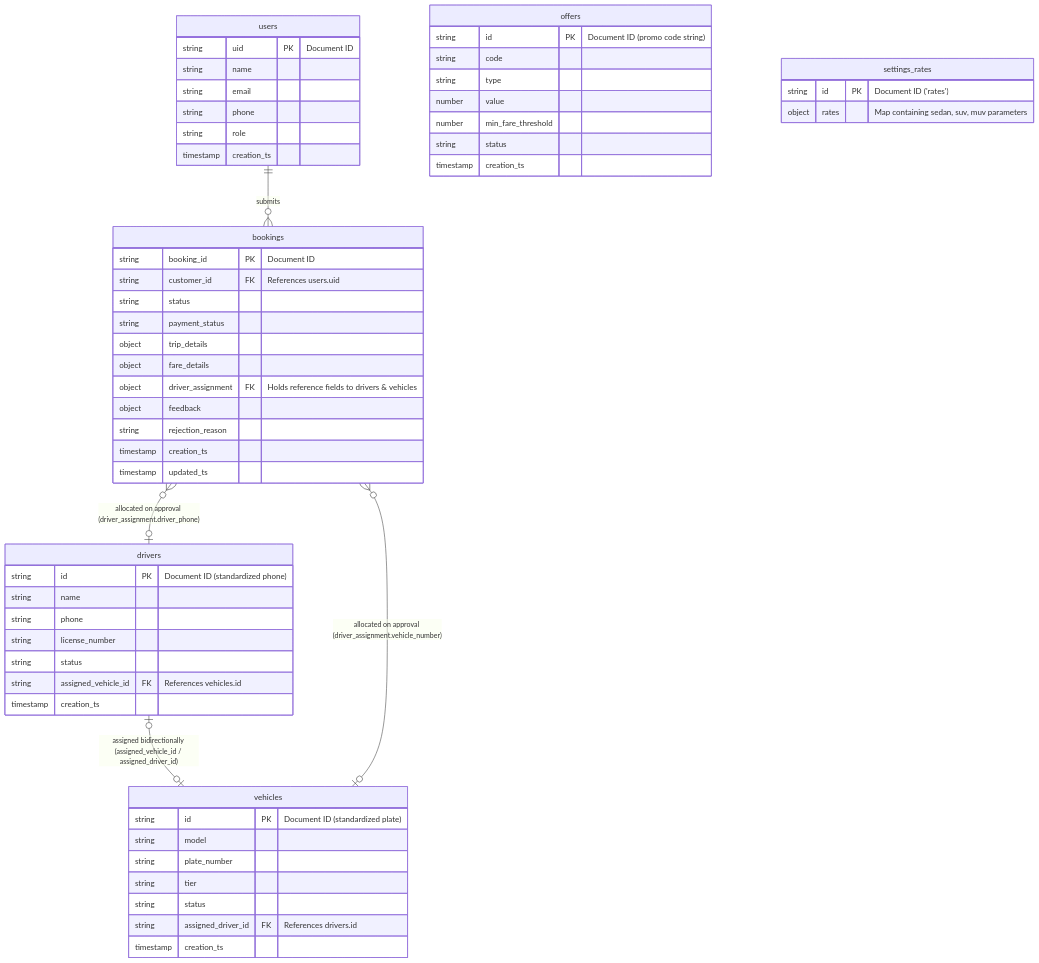
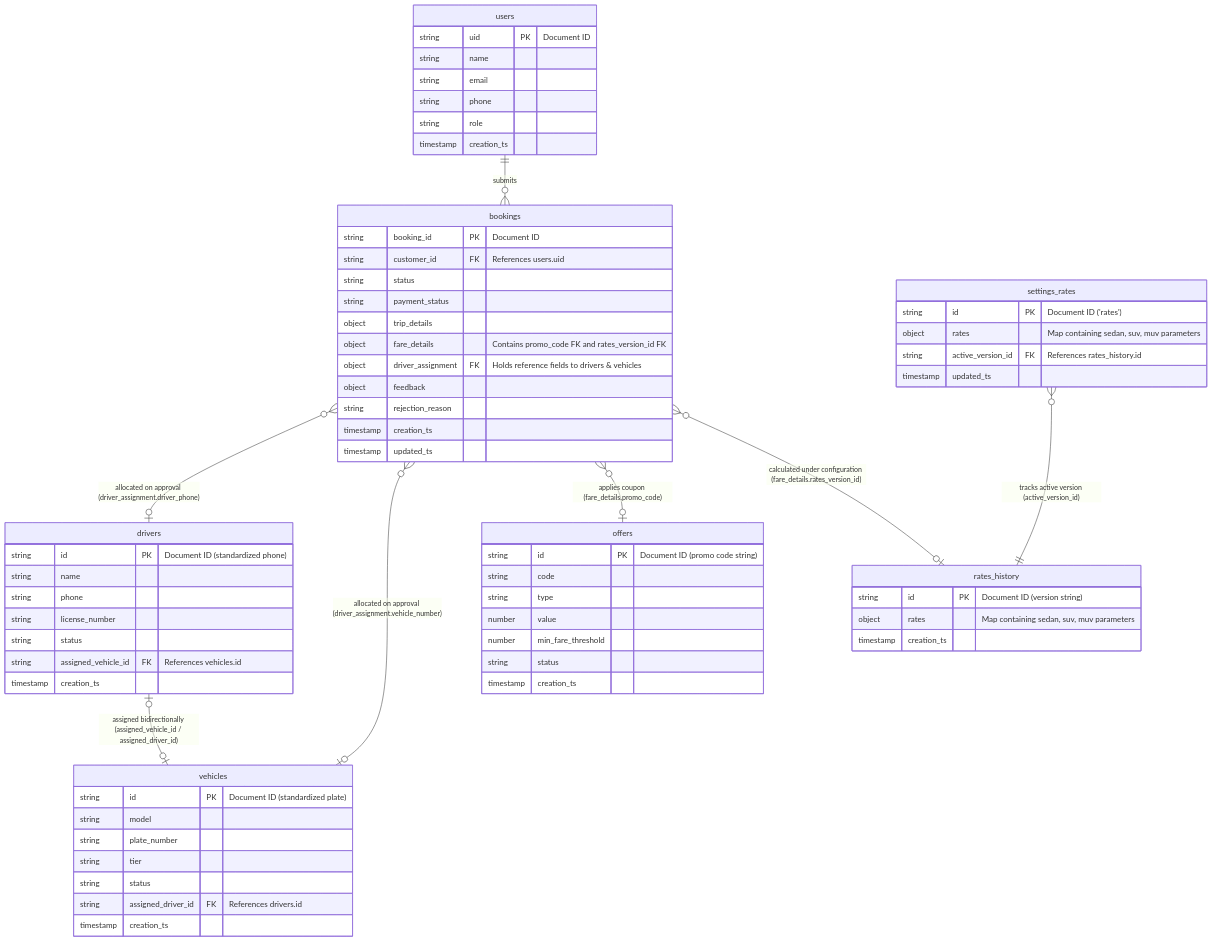
The sixth of 6 diagrams in e2e_architecture.md (ishanm03/cab-website), drawn with Mermaid before and after one commit. The commit also changed other lines of this file and 3 other files, not shown here.

Commit message:
feat(audit): implement versioned rates history and track rates_version_id in bookings for auditing

````diff
--- a/e2e_architecture.md
+++ b/e2e_architecture.md
@@ -364,65 +378,76 @@
 ```mermaid
 erDiagram
     users {
         string uid PK "Document ID"
         string name
         string email
         string phone
         string role
         timestamp creation_ts
     }
     
     bookings {
         string booking_id PK "Document ID"
         string customer_id FK "References users.uid"
         string status
         string payment_status
         object trip_details
-        object fare_details
+        object fare_details "Contains promo_code FK and rates_version_id FK"
         object driver_assignment FK "Holds reference fields to drivers & vehicles"
         object feedback
         string rejection_reason
         timestamp creation_ts
         timestamp updated_ts
     }
     
     vehicles {
         string id PK "Document ID (standardized plate)"
         string model
         string plate_number
         string tier
         string status
         string assigned_driver_id FK "References drivers.id"
         timestamp creation_ts
     }
     
     drivers {
         string id PK "Document ID (standardized phone)"
         string name
         string phone
         string license_number
         string status
         string assigned_vehicle_id FK "References vehicles.id"
         timestamp creation_ts
     }
     
     offers {
         string id PK "Document ID (promo code string)"
         string code
         string type
         number value
         number min_fare_threshold
         string status
         timestamp creation_ts
     }
     
     settings_rates {
         string id PK "Document ID ('rates')"
         object rates "Map containing sedan, suv, muv parameters"
+        string active_version_id FK "References rates_history.id"
+        timestamp updated_ts
+    }
+    
+    rates_history {
+        string id PK "Document ID (version string)"
+        object rates "Map containing sedan, suv, muv parameters"
+        timestamp creation_ts
     }
 
     users ||--o{ bookings : "submits"
     drivers |o--o| vehicles : "assigned bidirectionally (assigned_vehicle_id / assigned_driver_id)"
     bookings }o--o| drivers : "allocated on approval (driver_assignment.driver_phone)"
     bookings }o--o| vehicles : "allocated on approval (driver_assignment.vehicle_number)"
+    bookings }o--o| offers : "applies coupon (fare_details.promo_code)"
+    bookings }o--o| rates_history : "calculated under configuration (fare_details.rates_version_id)"
+    settings_rates }o--|| rates_history : "tracks active version (active_version_id)"
 ```
````
